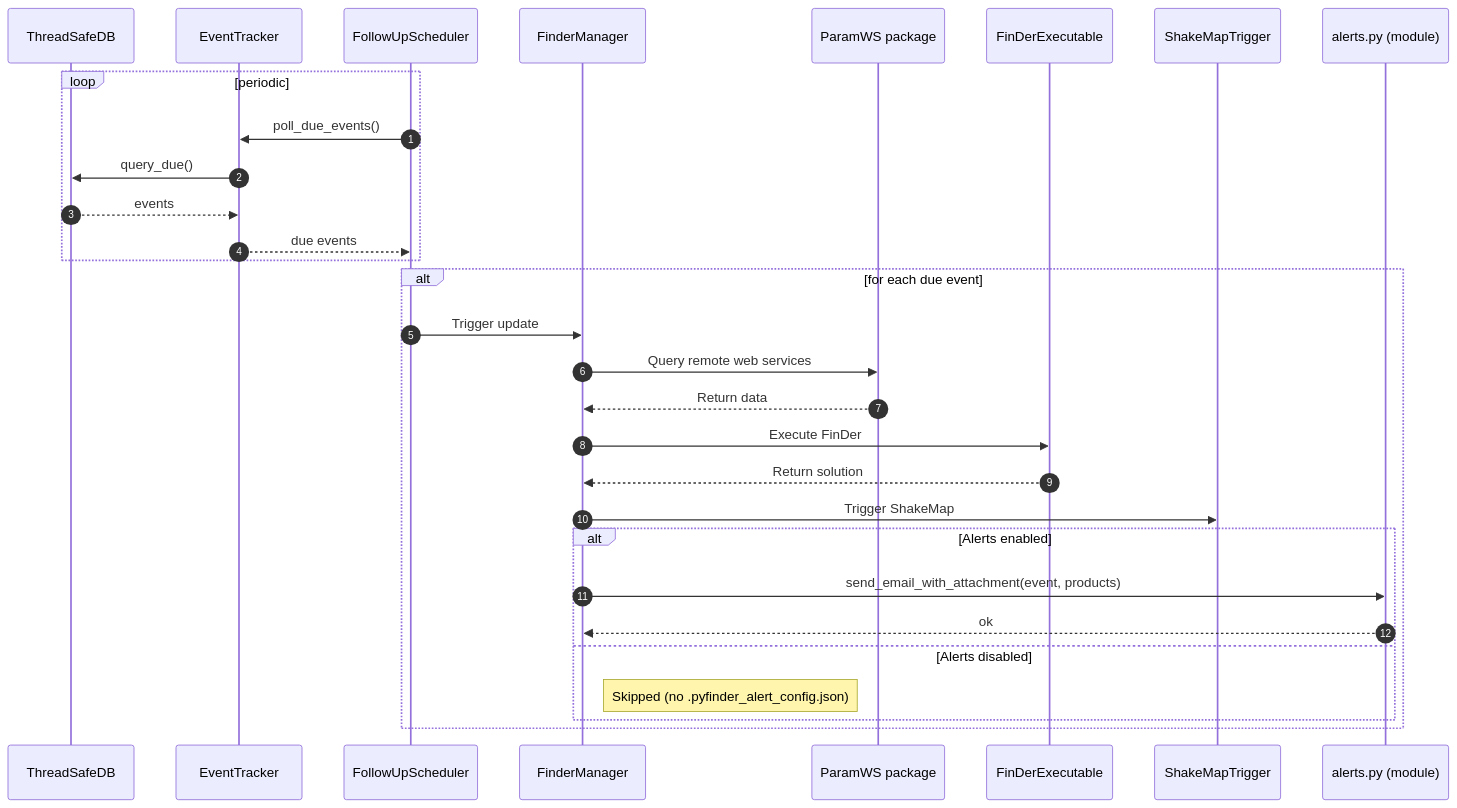
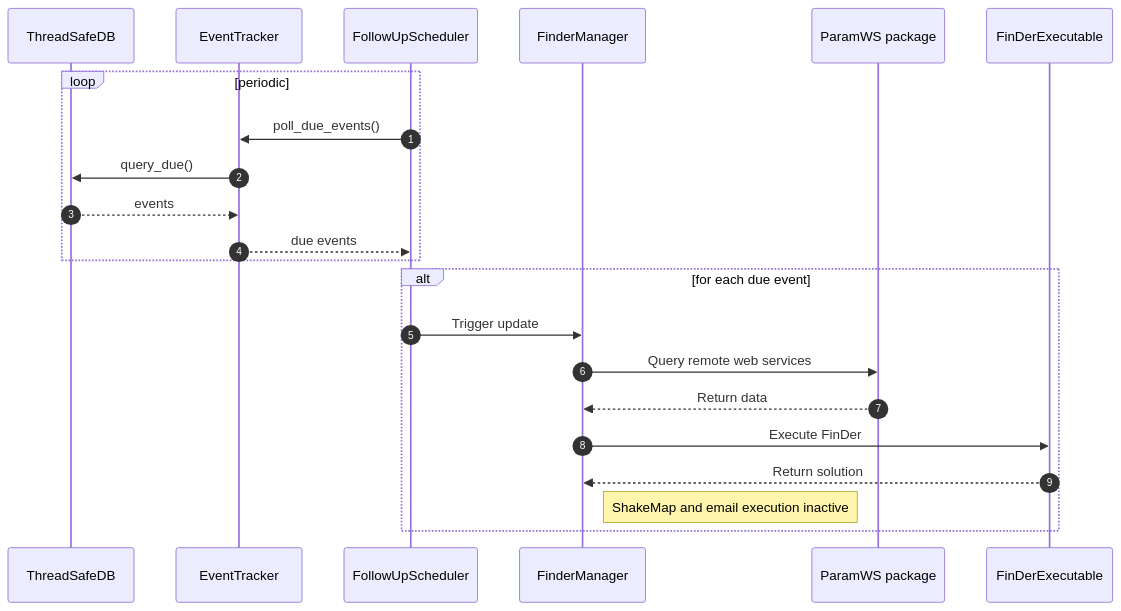
One commit to pyfinder-dev/pyfinder changed the second of 2 diagrams in README.md. Above: the diagram before and after it, drawn with Mermaid. The commit also changed other lines of this file and 14 other files, not shown here.

````diff
--- a/README.md
+++ b/README.md
@@ -139,37 +62,28 @@
 ```mermaid
 sequenceDiagram
     autonumber
     participant DB as ThreadSafeDB
     participant ET as EventTracker
     participant FUS as FollowUpScheduler
     participant FM as FinderManager
     participant P as ParamWS package
     participant FE as FinDerExecutable
-    participant SMT as ShakeMapTrigger
-    participant AL as alerts.py (module)
 
     loop periodic 
       FUS->>ET: poll_due_events()
       ET->>DB: query_due()
       DB-->>ET: events
       ET-->>FUS: due events
     end
 
     alt for each due event
       FUS->>FM: Trigger update
       FM->>P: Query remote web services
       P-->>FM: Return data
       FM->>FE: Execute FinDer
       FE-->>FM: Return solution
-      FM->>SMT: Trigger ShakeMap
-      
-      alt Alerts enabled
-        FM->>AL: send_email_with_attachment(event, products)
-        AL-->>FM: ok
-      else Alerts disabled
-        Note right of FM: Skipped (no .pyfinder_alert_config.json)
-      end
+      Note right of FM: ShakeMap and email execution inactive
     end
 
     
 ```
````
